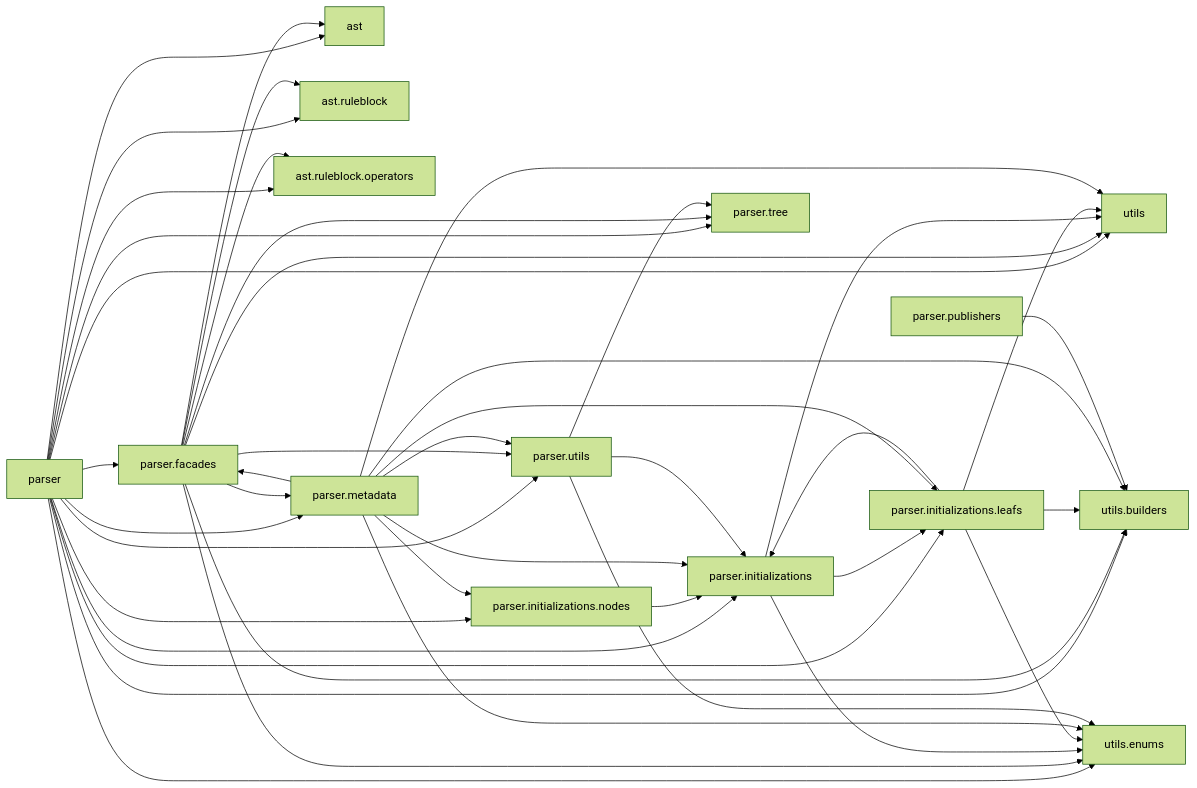
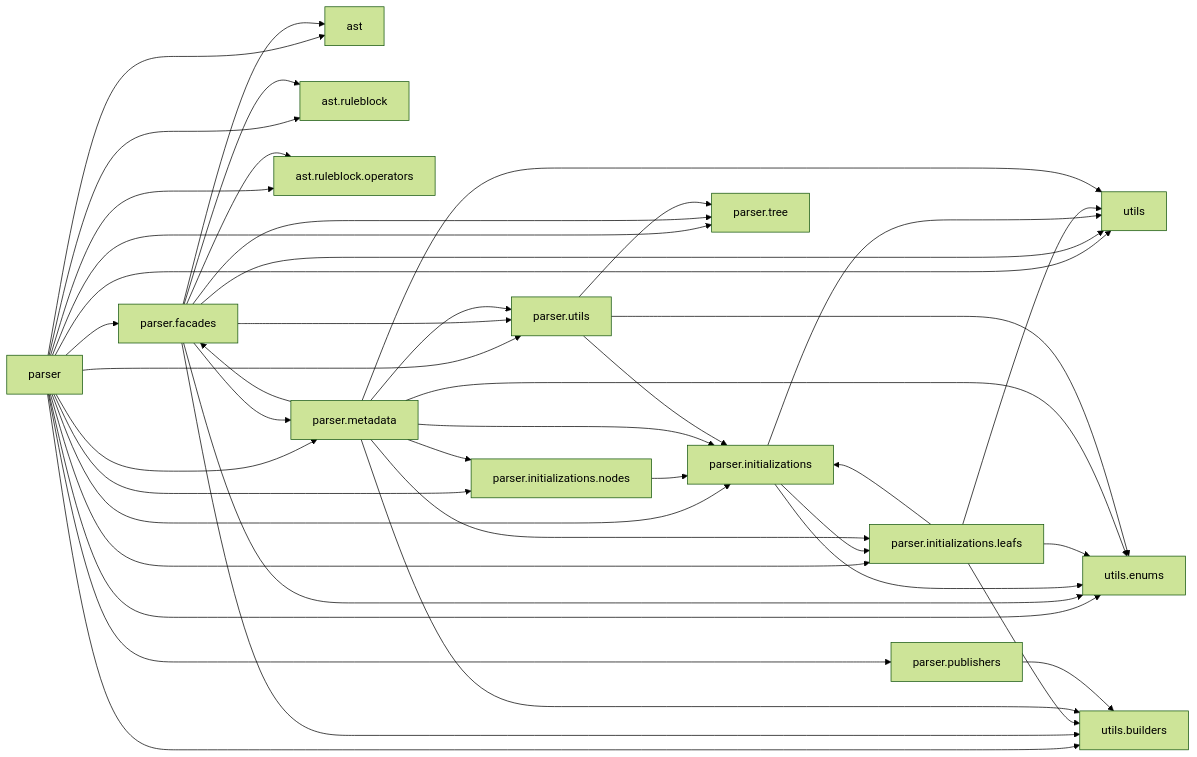
The diagram in doc/diagrams/parser_package_flowchart.mmd (PascalUser/FLC-IEC61131-7), drawn with Mermaid (forest theme) before and after one commit. The commit also changed 191 other files, not shown here.

```diff
--- a/doc/diagrams/parser_package_flowchart.mmd
+++ b/doc/diagrams/parser_package_flowchart.mmd
@@ -1,58 +1,59 @@
 flowchart LR
     ast["ast"]
     ast_ruleblock["ast.ruleblock"]
     ast_ruleblock_operators["ast.ruleblock.operators"]
     parser["parser"]
     parser_facades["parser.facades"]
     parser_initializations["parser.initializations"]
     parser_initializations_leafs["parser.initializations.leafs"]
     parser_initializations_nodes["parser.initializations.nodes"]
     parser_metadata["parser.metadata"]
     parser_publishers["parser.publishers"]
     parser_tree["parser.tree"]
     parser_utils["parser.utils"]
     utils["utils"]
     utils_builders["utils.builders"]
     utils_enums["utils.enums"]
     parser --> ast
     parser --> ast_ruleblock
     parser --> ast_ruleblock_operators
     parser --> parser_facades
     parser --> parser_initializations
     parser --> parser_initializations_leafs
     parser --> parser_initializations_nodes
     parser --> parser_metadata
+    parser --> parser_publishers
     parser --> parser_tree
     parser --> parser_utils
     parser --> utils
     parser --> utils_builders
     parser --> utils_enums
     parser_facades --> ast
     parser_facades --> ast_ruleblock
     parser_facades --> ast_ruleblock_operators
     parser_facades --> parser_metadata
     parser_facades --> parser_tree
     parser_facades --> parser_utils
     parser_facades --> utils
     parser_facades --> utils_builders
     parser_facades --> utils_enums
     parser_initializations --> parser_initializations_leafs
     parser_initializations --> utils
     parser_initializations --> utils_enums
     parser_initializations_leafs --> parser_initializations
     parser_initializations_leafs --> utils
     parser_initializations_leafs --> utils_builders
     parser_initializations_leafs --> utils_enums
     parser_initializations_nodes --> parser_initializations
     parser_metadata --> parser_facades
     parser_metadata --> parser_initializations
     parser_metadata --> parser_initializations_leafs
     parser_metadata --> parser_initializations_nodes
     parser_metadata --> parser_utils
     parser_metadata --> utils
     parser_metadata --> utils_builders
     parser_metadata --> utils_enums
     parser_publishers --> utils_builders
     parser_utils --> parser_initializations
     parser_utils --> parser_tree
     parser_utils --> utils_enums
```
